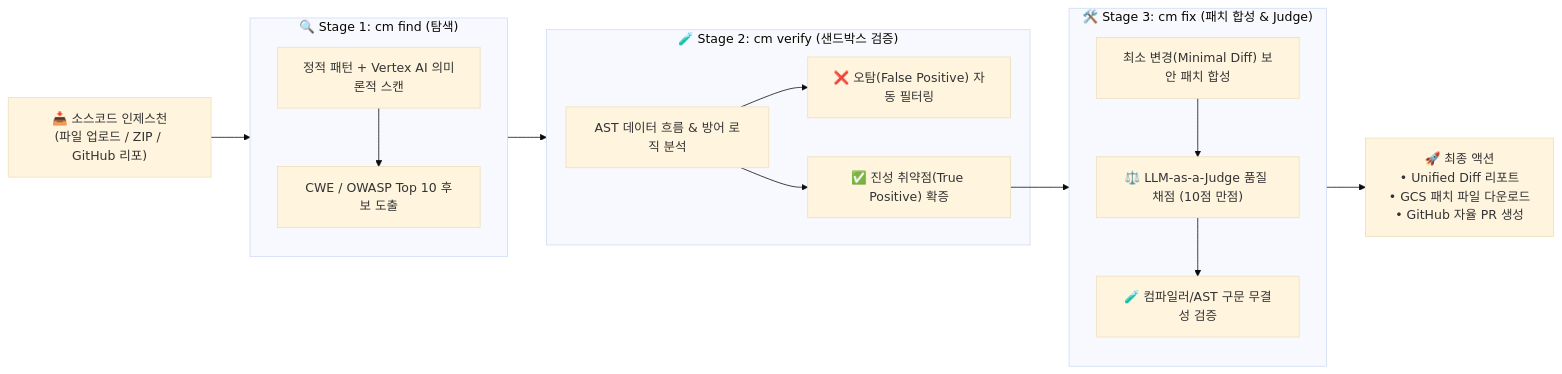
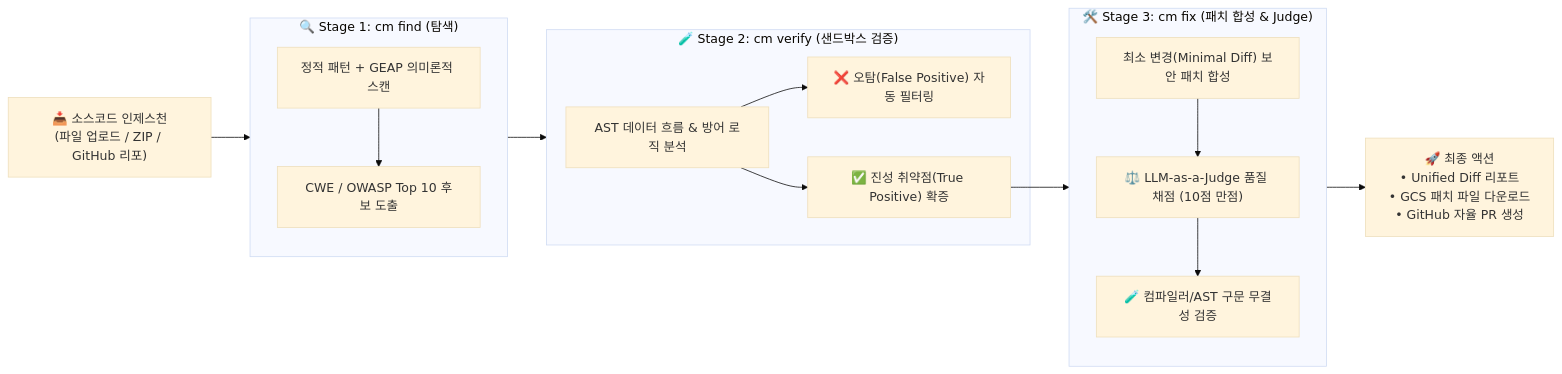
One commit to ldu1225/codemender-ge changed the second of 4 diagrams in README.md. Above: the diagram before and after it, drawn with Mermaid (base theme). The commit also changed other lines of this file and 3 other files, not shown here.

Commit message:
docs: unify Vertex AI terminology to GEAP across README, env example, and UI messages

````diff
--- a/README.md
+++ b/README.md
@@ -107,31 +107,31 @@
 ```mermaid
 flowchart LR
     Input["📥 소스코드 인제스천<br/>(파일 업로드 / ZIP / GitHub 리포)"] --> Stage1
 
     subgraph Stage1["🔍 Stage 1: cm find (탐색)"]
-        S1A["정적 패턴 + Vertex AI 의미론적 스캔"]
+        S1A["정적 패턴 + GEAP 의미론적 스캔"]
         S1B["CWE / OWASP Top 10 후보 도출"]
         S1A --> S1B
     end
 
     Stage1 --> Stage2
 
     subgraph Stage2["🧪 Stage 2: cm verify (샌드박스 검증)"]
         S2A["AST 데이터 흐름 & 방어 로직 분석"]
         S2B["❌ 오탐(False Positive) 자동 필터링"]
         S2C["✅ 진성 취약점(True Positive) 확증"]
         S2A --> S2B
         S2A --> S2C
     end
 
     S2C --> Stage3
 
     subgraph Stage3["🛠️ Stage 3: cm fix (패치 합성 & Judge)"]
         S3A["최소 변경(Minimal Diff) 보안 패치 합성"]
         S3B["⚖️ LLM-as-a-Judge 품질 채점 (10점 만점)"]
         S3C["🧪 컴파일러/AST 구문 무결성 검증"]
         S3A --> S3B --> S3C
     end
 
     Stage3 --> Output["🚀 최종 액션<br/>• Unified Diff 리포트<br/>• GCS 패치 파일 다운로드<br/>• GitHub 자율 PR 생성"]
 ```
````
